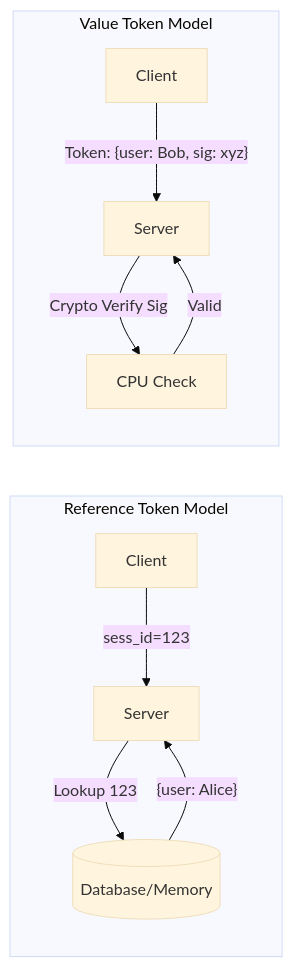
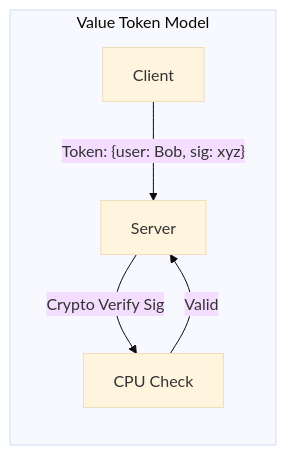
The third of 7 diagrams in public/blogs/authentication-session-management/blog.md (mbeps/personal-portfolio), drawn with Mermaid (base theme) before and after one commit. The commit also changed other lines of this file and 26 other files, not shown here.

Commit message:
Cleaned blogs - Replaced certain image diagrams with Mermaid diagrams - Added `-` to separate chapter numbers and chapter titles - Other smaller tweaks

````diff
--- a/public/blogs/authentication-session-management/blog.md
+++ b/public/blogs/authentication-session-management/blog.md
@@ -76,14 +85,8 @@
 ```mermaid
 flowchart LR
-    subgraph Reference Token Model
-    C1[Client] -- "sess_id=123" --> S1[Server]
-    S1 -- "Lookup 123" --> DB[(Database/Memory)]
-    DB -- "{user: Alice}" --> S1
-    end
-
-    subgraph Value Token Model
-    C2[Client] -- "Token: {user: Bob, sig: xyz}" --> S2[Server]
-    S2 -- "Crypto Verify Sig" --> CPU[CPU Check]
-    CPU -- "Valid" --> S2
-    end
+  subgraph Value Token Model
+  C2[Client] -- "Token: {user: Bob, sig: xyz}" --> S2[Server]
+  S2 -- "Crypto Verify Sig" --> CPU[CPU Check]
+  CPU -- "Valid" --> S2
+  end
 ```
````
